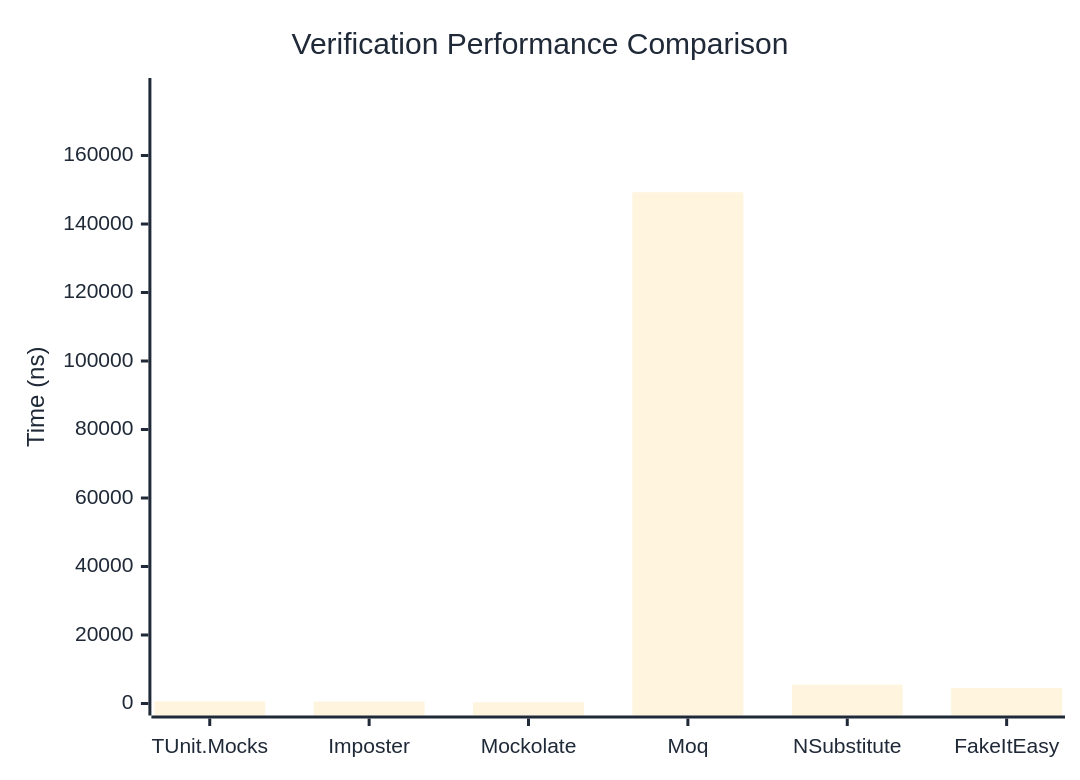
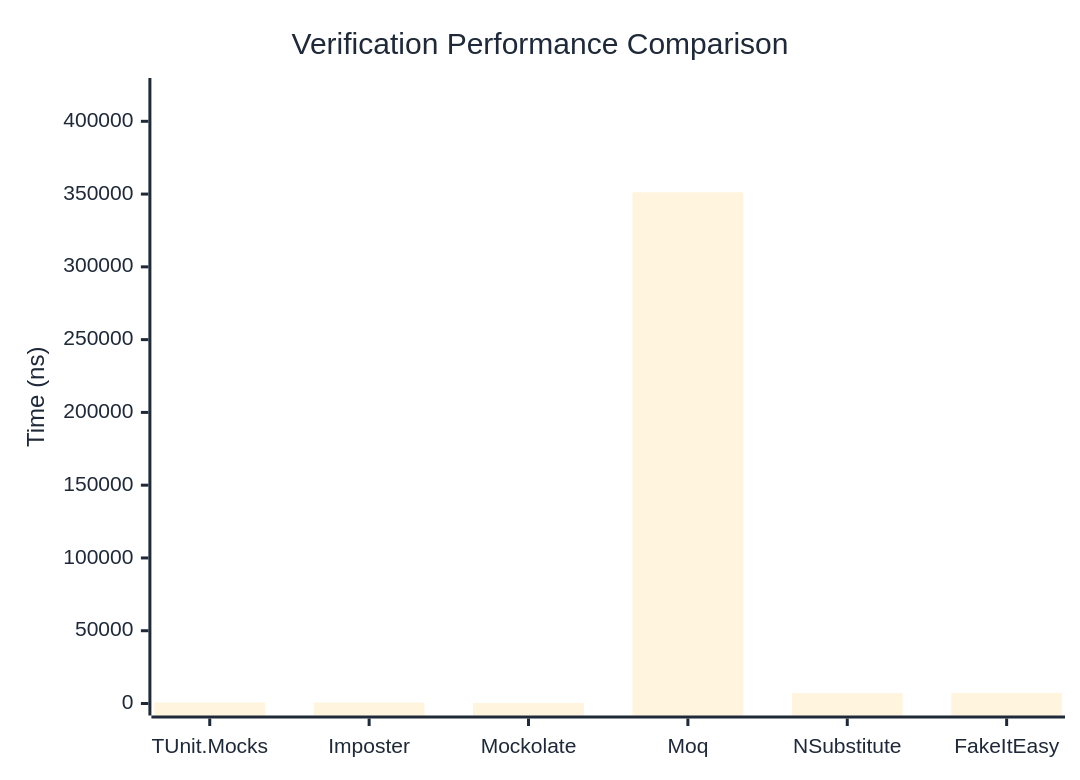
One commit to thomhurst/TUnit changed the first of 3 diagrams in docs/docs/benchmarks/mocks/Verification.md. Above: the diagram before and after it, drawn with Mermaid. The commit also changed other lines of this file and 14 other files, not shown here.

````diff
--- a/docs/docs/benchmarks/mocks/Verification.md
+++ b/docs/docs/benchmarks/mocks/Verification.md
@@ -30,27 +30,27 @@
 ```mermaid
 %%{init: {
   'theme':'base',
   'themeVariables': {
     'primaryColor': '#2563eb',
     'primaryTextColor': '#1f2937',
     'primaryBorderColor': '#1e40af',
     'lineColor': '#6b7280',
     'secondaryColor': '#7c3aed',
     'tertiaryColor': '#dc2626',
     'background': '#ffffff',
     'pie1': '#2563eb',
     'pie2': '#7c3aed',
     'pie3': '#dc2626',
     'pie4': '#f59e0b',
     'pie5': '#10b981',
     'pie6': '#06b6d4',
     'pie7': '#ec4899',
     'pie8': '#6366f1'
   }
 }}%%
 xychart-beta
   title "Verification Performance Comparison"
   x-axis ["TUnit.Mocks", "Imposter", "Mockolate", "Moq", "NSubstitute", "FakeItEasy"]
-  y-axis "Time (ns)" 0 --> 179128
-  bar [614.37, 553.42, 365.87, 149272.81, 5509.19, 4515.89]
+  y-axis "Time (ns)" 0 --> 421512
+  bar [692.03, 643.19, 396.32, 351259.55, 7110.47, 7306.01]
 ```
````
